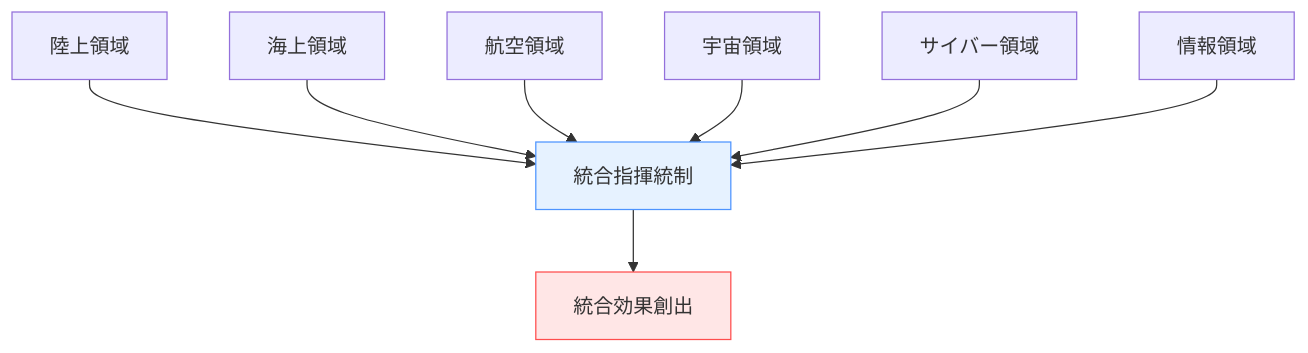
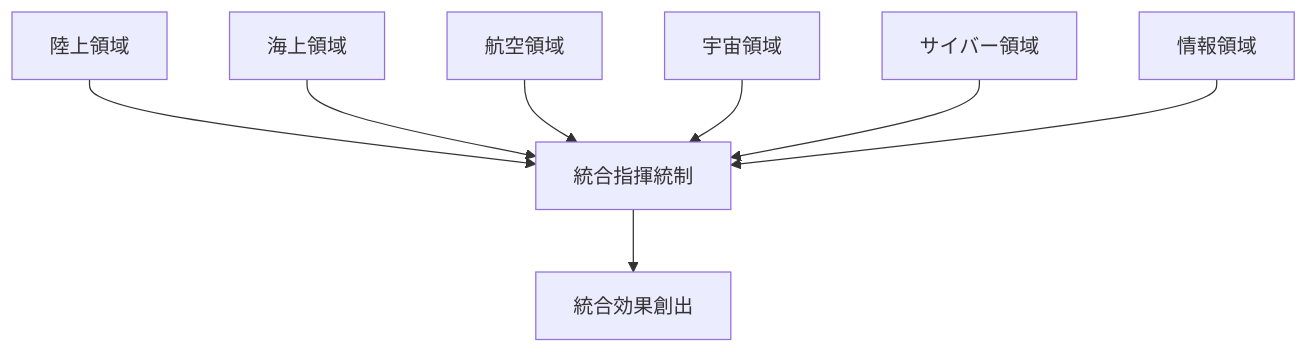
Before and after one commit to shuji-bonji/Situational-Awareness-and-Decision-Making: the eighth of 8 diagrams in docs/applications/military-sa.md, drawn with Mermaid. The commit also changed other lines of this file and 49 other files, not shown here.

Commit message:
fix: ダークモードで見づらい図の色の変更

````diff
--- a/docs/applications/military-sa.md
+++ b/docs/applications/military-sa.md
@@ -462,14 +462,14 @@
 ```mermaid
 graph TD
     A[陸上領域] --> F[統合指揮統制]
     B[海上領域] --> F
     C[航空領域] --> F
     D[宇宙領域] --> F
     E[サイバー領域] --> F
     G[情報領域] --> F
     
     F --> H[統合効果創出]
     
-    style F fill:#e6f2ff,stroke:#4d94ff
-    style H fill:#ffe6e6,stroke:#ff4d4d
+
+
 ```
````
